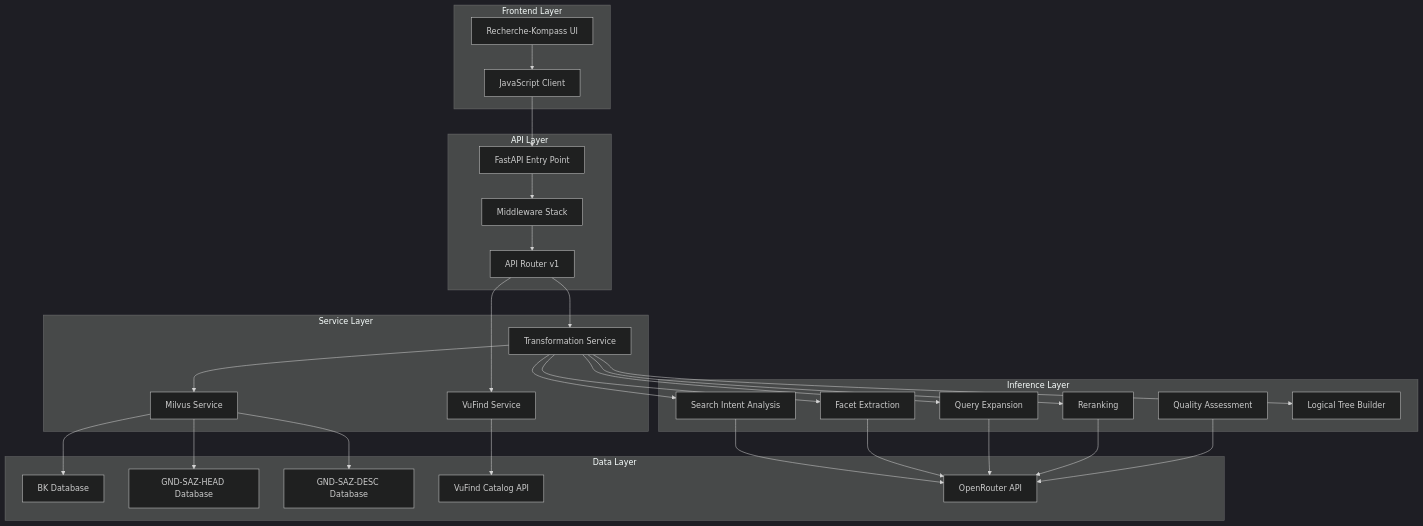
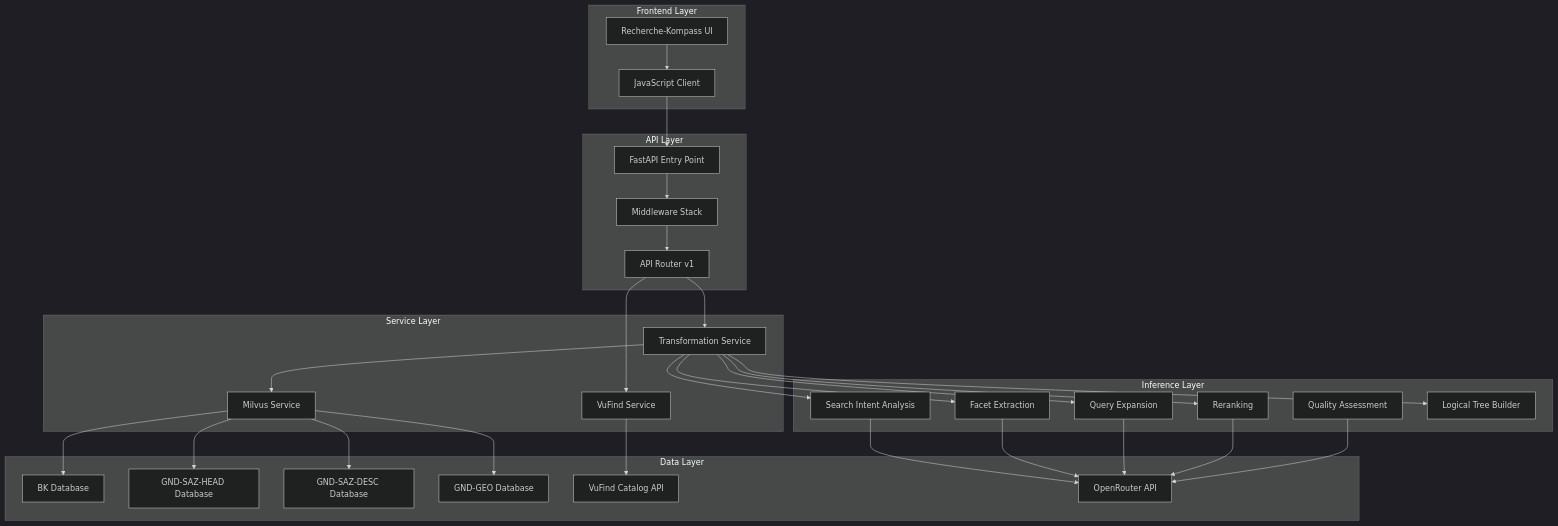
One commit to UB-Mannheim/nsis changed the first of 5 diagrams in docs/01_system_architecture.md. Above: the diagram before and after it, drawn with Mermaid (dark theme).

Commit message:
nsis API 1.0.0

````diff
--- a/docs/01_system_architecture.md
+++ b/docs/01_system_architecture.md
@@ -5,58 +5,60 @@
 ```mermaid
 graph TB
     subgraph Frontend["Frontend Layer"]
         UI[Recherche-Kompass UI]
         JS[JavaScript Client]
     end
 
     subgraph API["API Layer"]
         FE[FastAPI Entry Point]
         MW[Middleware Stack]
         RT[API Router v1]
     end
 
     subgraph Services["Service Layer"]
         TS[Transformation Service]
         MS[Milvus Service]
         VS[VuFind Service]
     end
 
     subgraph Inference["Inference Layer"]
         SI[Search Intent Analysis]
         FE2[Facet Extraction]
         QE[Query Expansion]
         RR[Reranking]
         QA[Quality Assessment]
         LT[Logical Tree Builder]
     end
 
     subgraph Data["Data Layer"]
         BK[BK Database]
         GND_HEAD[GND-SAZ-HEAD Database]
         GND_DESC[GND-SAZ-DESC Database]
+        GND_GEO[GND-GEO Database]
         VF[VuFind Catalog API]
         OC[OpenRouter API]
     end
 
     UI --> JS
     JS --> FE
     FE --> MW
     MW --> RT
     RT --> TS
     RT --> VS
     TS --> MS
     TS --> SI
     TS --> FE2
     TS --> QE
     TS --> RR
     TS --> LT
     MS --> BK
     MS --> GND_HEAD
     MS --> GND_DESC
+    MS --> GND_GEO
     VS --> VF
     SI --> OC
     FE2 --> OC
     QE --> OC
     RR --> OC
     QA --> OC
 ```
````
